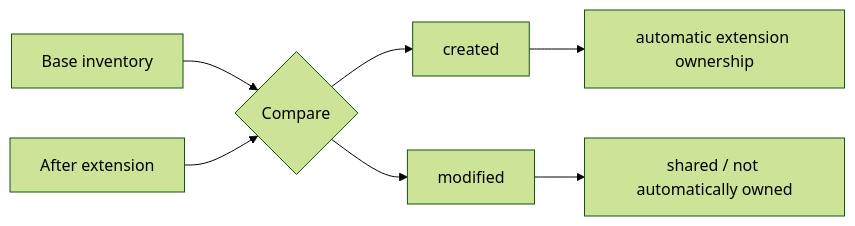
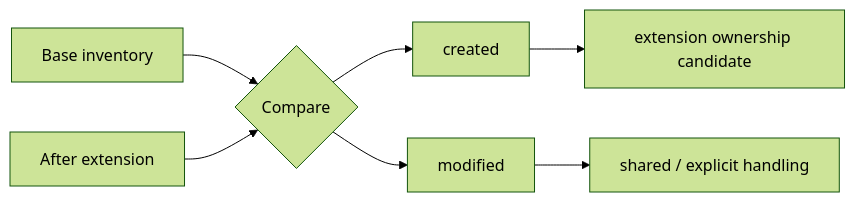
Before and after one commit to adeccscholar/BuildEngine-Admin: the second of 2 diagrams in admin/server-docs/build-libraries.md, drawn with Mermaid (forest theme). The commit also changed other lines of this file, not shown here.

Commit message:
Update public library XML contract to schema 15 and current semantics

````diff
--- a/admin/server-docs/build-libraries.md
+++ b/admin/server-docs/build-libraries.md
@@ -231,9 +195,9 @@
 ```mermaid
 flowchart LR
     BEFORE[Base inventory] --> CMP{Compare}
     AFTER[After extension] --> CMP
     CMP --> CREATED[created]
     CMP --> MODIFIED[modified]
-    CREATED --> OWN[automatic extension ownership]
-    MODIFIED --> REVIEW[shared / not automatically owned]
+    CREATED --> OWN[extension ownership candidate]
+    MODIFIED --> SHARED[shared / explicit handling]
 ```
````
